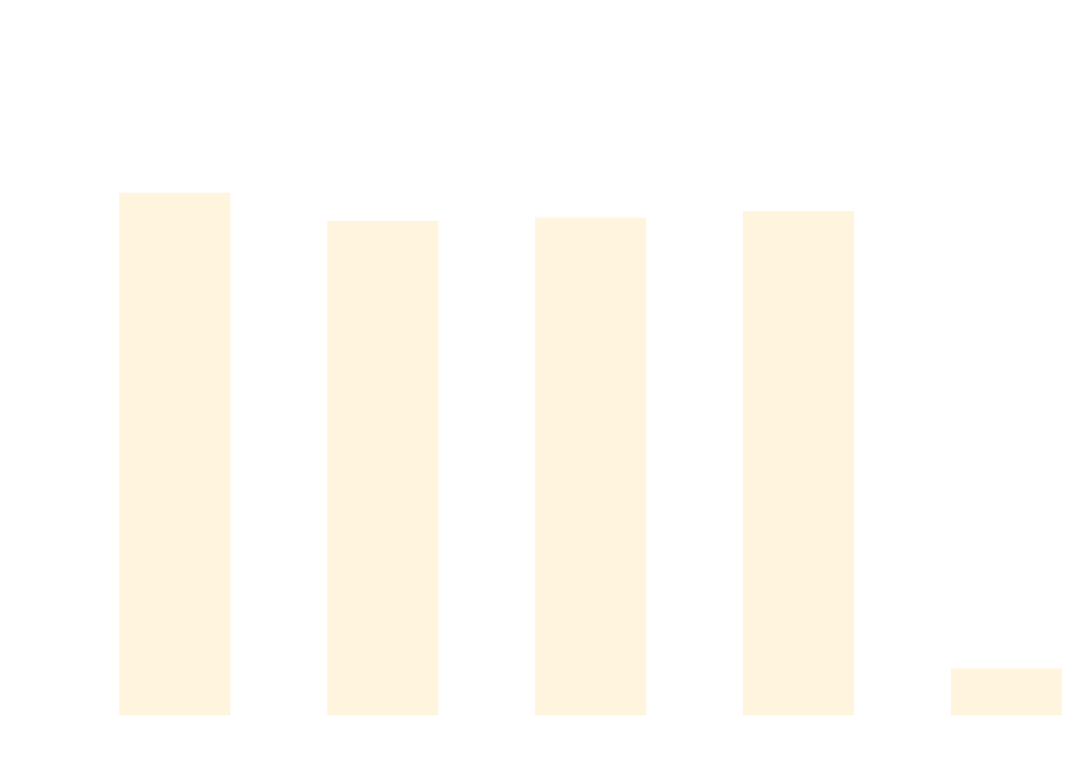
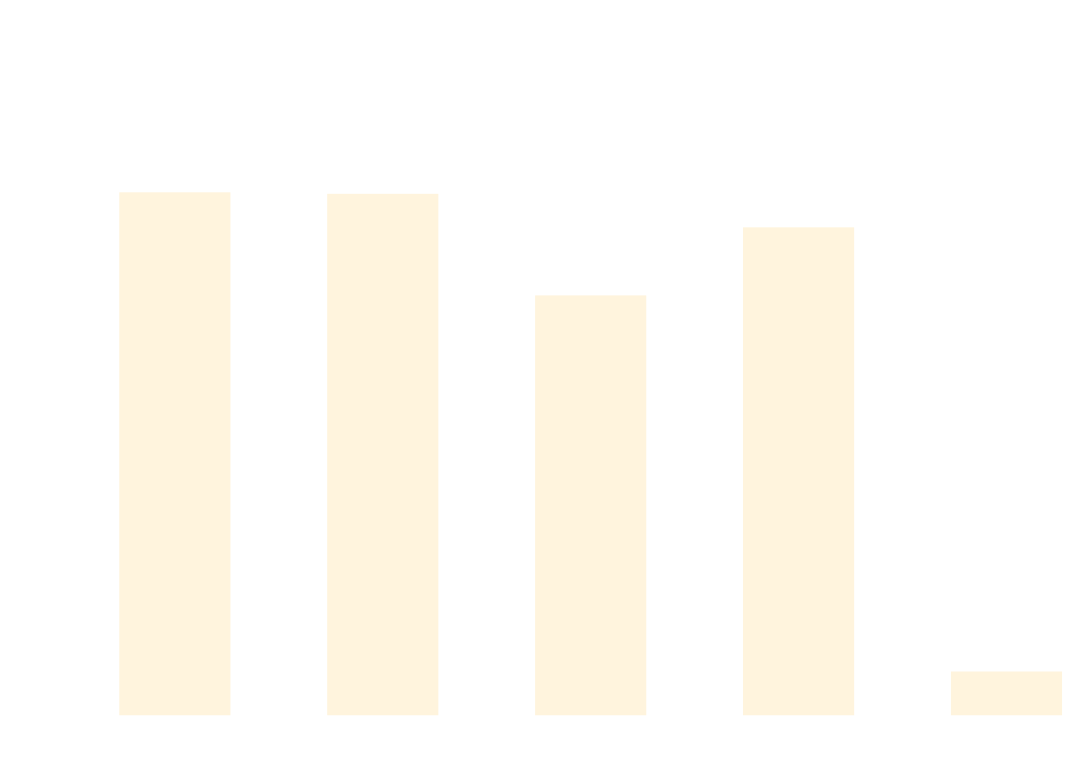
The diagram in docs/docs/benchmarks/ScaleTests.md (thomhurst/TUnit), drawn with Mermaid before and after one commit. The commit also changed other lines of this file and 17 other files, not shown here.

````diff
--- a/docs/docs/benchmarks/ScaleTests.md
+++ b/docs/docs/benchmarks/ScaleTests.md
@@ -27,37 +27,37 @@
 ```mermaid
 %%{init: {
   'theme':'base',
   'themeVariables': {
     'primaryColor': '#2563eb',
     'primaryTextColor': '#ffffff',
     'primaryBorderColor': '#1e40af',
     'lineColor': '#6b7280',
     'secondaryColor': '#7c3aed',
     'tertiaryColor': '#dc2626',
     'background': '#ffffff',
     'mainBkg': '#2563eb',
     'secondBkg': '#7c3aed',
     'tertiaryBkg': '#dc2626',
     'clusterBkg': '#f3f4f6',
     'edgeLabelBackground': '#ffffff',
     'tertiaryTextColor': '#1f2937',
     'pie1': '#2563eb',
     'pie2': '#7c3aed',
     'pie3': '#dc2626',
     'pie4': '#f59e0b',
     'pie5': '#10b981',
     'pie6': '#06b6d4',
     'pie7': '#ec4899',
     'pie8': '#6366f1',
     'pie9': '#84cc16',
     'pie10': '#f97316',
     'pie11': '#14b8a6',
     'pie12': '#a855f7'
   }
 }}%%
 xychart-beta
   title "ScaleTests Performance Comparison"
   x-axis ["TUnit", "NUnit", "MSTest", "xUnit3", "TUnit_AOT"]
-  y-axis "Time (ms)" 0 --> 833
-  bar [693.49, 655.26, 659.7, 668.36, 47.56]
+  y-axis "Time (ms)" 0 --> 750
+  bar [624.93, 623.08, 498.92, 582.1, 39.13]
 ```
````
